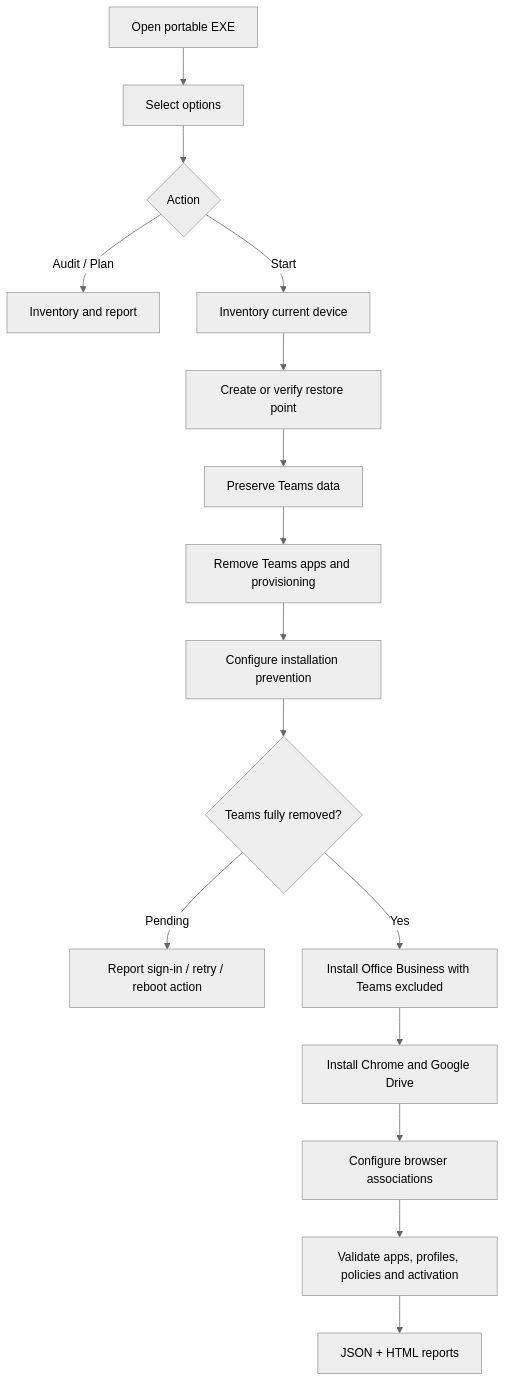
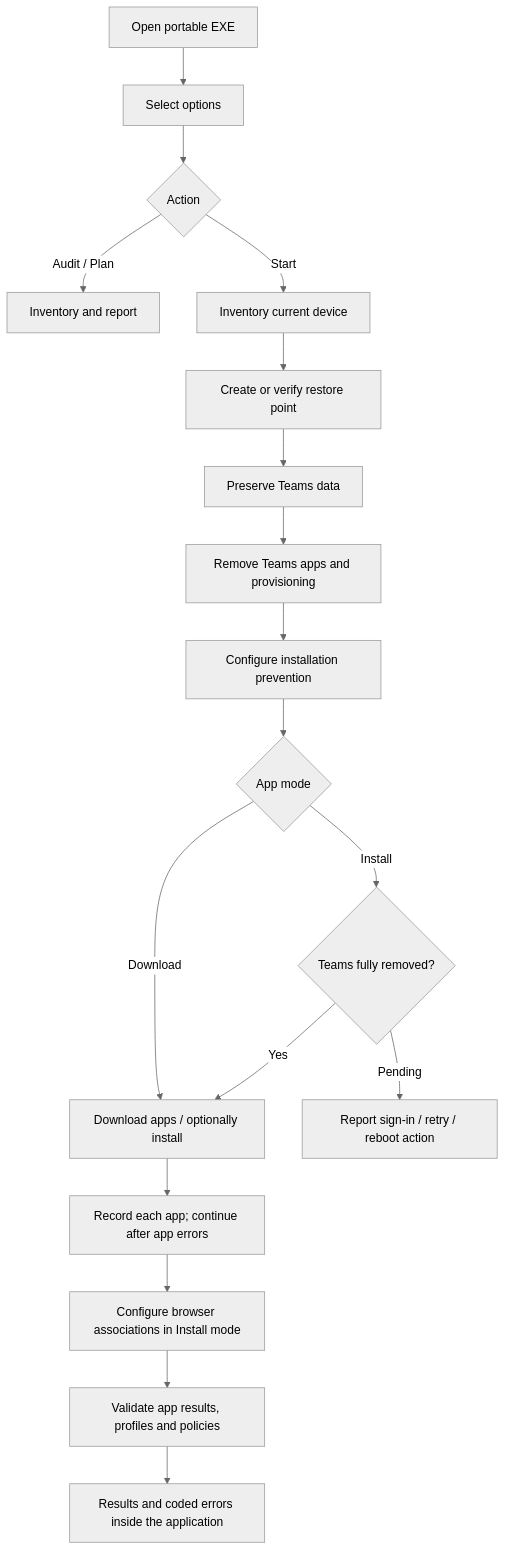
Before and after one commit to vitoriape/tinnosdebloat-win11: the diagram in README.md, drawn with Mermaid (neutral theme). The commit also changed other lines of this file and 13 other files, not shown here.

Commit message:
feat(all): simplify Tinnos setup and add in-app deployment results

````diff
--- a/README.md
+++ b/README.md
@@ -194,18 +231,20 @@
 ```mermaid
 flowchart TD
     A[Open portable EXE] --> B[Select options]
     B --> C{Action}
     C -->|Audit / Plan| D[Inventory and report]
     C -->|Start| E[Inventory current device]
     E --> F[Create or verify restore point]
     F --> G[Preserve Teams data]
     G --> H[Remove Teams apps and provisioning]
     H --> I[Configure installation prevention]
-    I --> J{Teams fully removed?}
+    I --> Q{App mode}
+    Q -->|Download| L[Download apps / optionally install]
+    Q -->|Install| J{Teams fully removed?}
     J -->|Pending| K[Report sign-in / retry / reboot action]
-    J -->|Yes| L[Install Office Business with Teams excluded]
-    L --> M[Install Chrome and Google Drive]
-    M --> N[Configure browser associations]
-    N --> O[Validate apps, profiles, policies and activation]
-    O --> P[JSON + HTML reports]
+    J -->|Yes| L
+    L --> M[Record each app; continue after app errors]
+    M --> N[Configure browser associations in Install mode]
+    N --> O[Validate app results, profiles and policies]
+    O --> P[Results and coded errors inside the application]
 ```
````
